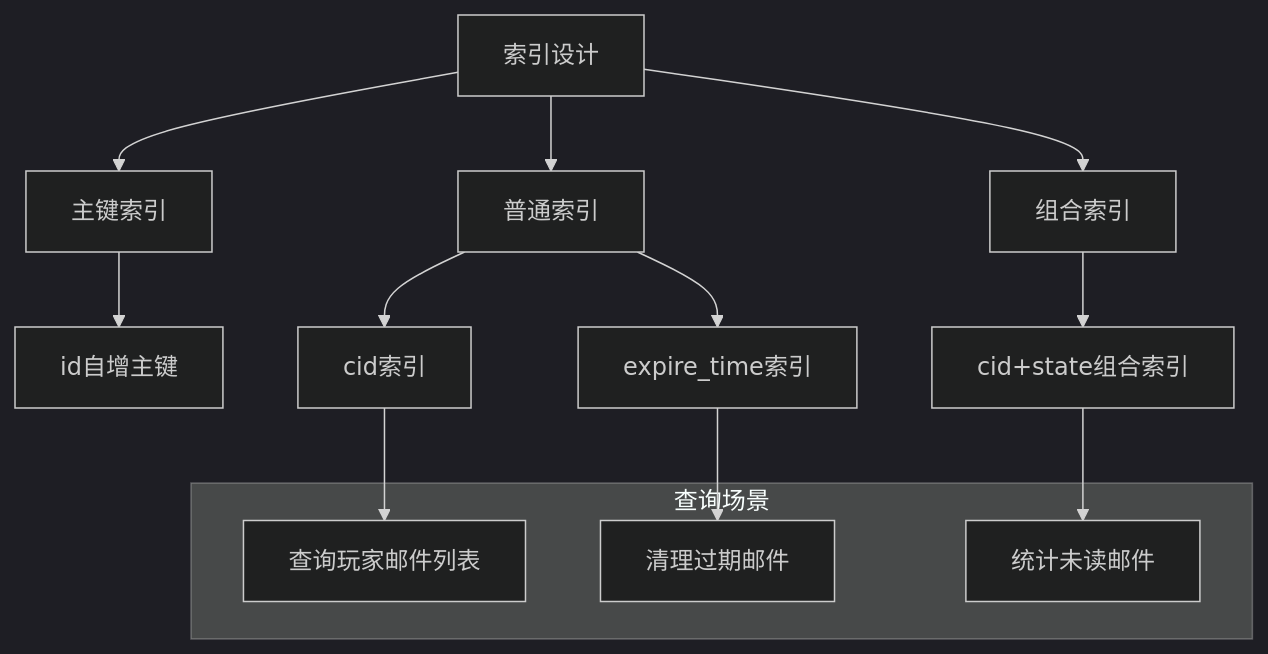
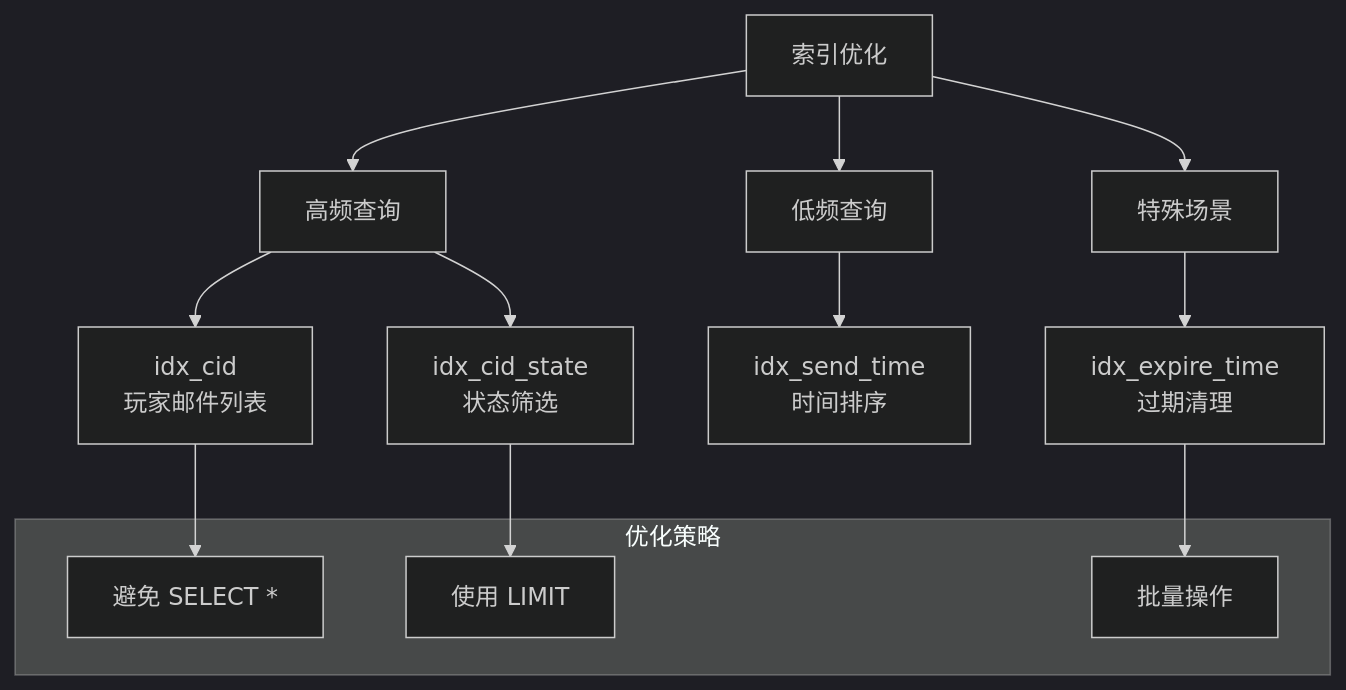
One commit to Alan-Ben/k2c_game_framework changed the tenth of 10 diagrams in docs/Module_Mail/01_数据配表.md. Above: the diagram before and after it, drawn with Mermaid (dark theme). The commit also changed other lines of this file and 10 other files, not shown here.

Commit message:
docs: 完善 Consort/Mail/Rank 模块文档 - mermaid图、代码示例、完整字段列表

````diff
--- a/docs/Module_Mail/01_数据配表.md
+++ b/docs/Module_Mail/01_数据配表.md
@@ -774,21 +1383,23 @@
 ```mermaid
 graph TD
-    A[索引设计] --> B[主键索引]
-    A --> C[普通索引]
-    A --> D[组合索引]
+    A[索引优化] --> B[高频查询]
+    A --> C[低频查询]
+    A --> D[特殊场景]
 
-    B --> B1[id自增主键]
-    C --> C1[cid索引]
-    C --> C2[expire_time索引]
-    D --> D1[cid+state组合索引]
+    B --> B1[idx_cid<br/>玩家邮件列表]
+    B --> B2[idx_cid_state<br/>状态筛选]
 
-    subgraph 查询场景
-        F1[查询玩家邮件列表]
-        F2[清理过期邮件]
-        F3[统计未读邮件]
+    C --> C1[idx_send_time<br/>时间排序]
+
+    D --> D1[idx_expire_time<br/>过期清理]
+
+    subgraph 优化策略
+        E1[避免 SELECT *]
+        E2[使用 LIMIT]
+        E3[批量操作]
     end
 
-    C1 --> F1
-    C2 --> F2
-    D1 --> F3
+    B1 --> E1
+    B2 --> E2
+    D1 --> E3
 ```
````
